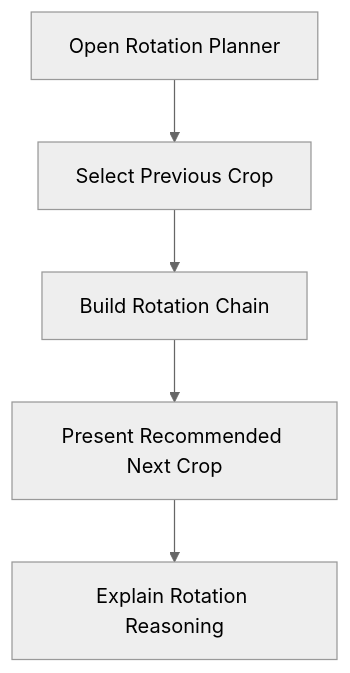
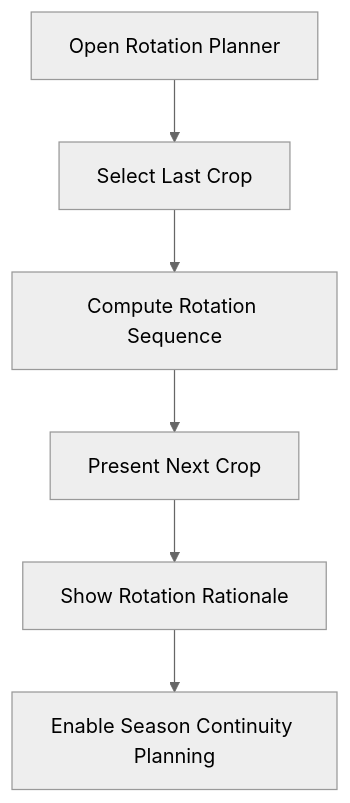
The fourth of 7 diagrams in docs/Projects/FasalMitra/03-user-journeys.md (SAMxENGINEER/ALL_DOCUMENTATIONS-), drawn with Mermaid (neutral theme) before and after one commit. The commit also changed other lines of this file and 4 other files, not shown here.

Commit message:
refactor: enhance FasalMitra documentation with detailed user journeys, service contracts, and architectural insights

````diff
--- a/docs/Projects/FasalMitra/03-user-journeys.md
+++ b/docs/Projects/FasalMitra/03-user-journeys.md
@@ -45,7 +87,8 @@
 ```mermaid
 flowchart TD
-    A[Open Rotation Planner] --> B[Select Previous Crop]
-    B --> C[Build Rotation Chain]
-    C --> D[Present Recommended Next Crop]
-    D --> E[Explain Rotation Reasoning]
+    A[Open Rotation Planner] --> B[Select Last Crop]
+    B --> C[Compute Rotation Sequence]
+    C --> D[Present Next Crop]
+    D --> E[Show Rotation Rationale]
+    E --> F[Enable Season Continuity Planning]
 ```
````
